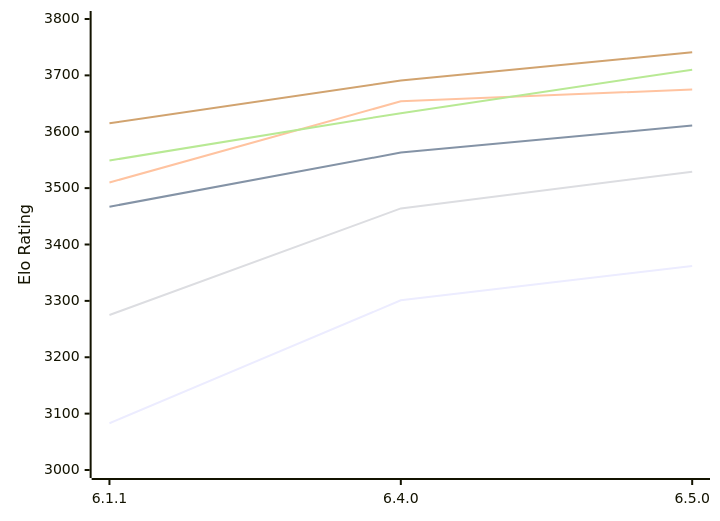
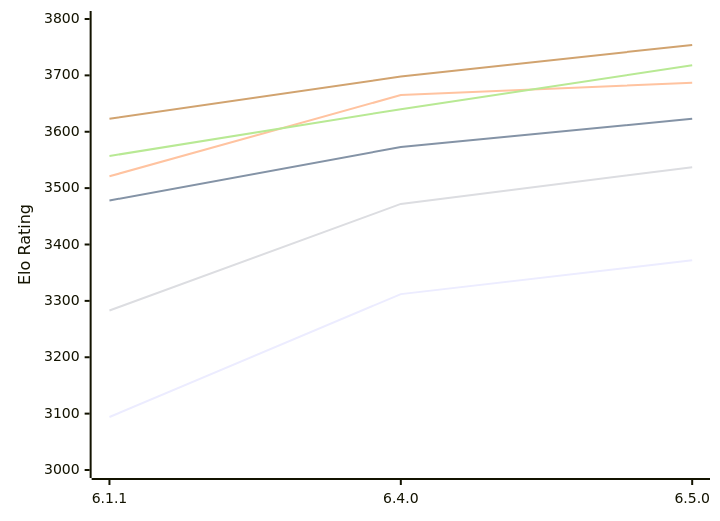
One commit to computer-chess-index/cci changed the first of 2 diagrams in engines/Zigqueen.md. Above: the diagram before and after it, drawn with Mermaid. The commit also changed other lines of this file, not shown here.

Commit message:
Update CCI Ratings (ELO VLTC) - 2026-10-25

````diff
--- a/engines/Zigqueen.md
+++ b/engines/Zigqueen.md
@@ -55,12 +55,12 @@
 ```mermaid
 %%{init: {"theme":"base","themeVariables":{"seriesColors:['#a3a3a3','#222221','#faa371']}}}%%
 xychart-beta
   x-axis ["6.1.1", "6.4.0", "6.5.0"]
   y-axis "Elo Rating" 3000 --> 3800
-  line "E1: STC (8.0+0.08s)" [3083, 3301, 3362]
-  line "E1: LTC (60.0+0.60s)" [3467, 3563, 3611]
-  line "E1: VLTC (2m24s+1.12s)" [3510, 3654, 3675]
-  line "P1: STC (8.0+0.08s)" [3275, 3464, 3529]
-  line "P1: LTC (60.0+0.60s)" [3549, 3633, 3710]
-  line "P1: VLTC (2m24s+1.12s)" [3615, 3691, 3741]
+  line "E1: STC (8.0+0.08s)" [3094, 3312, 3372]
+  line "E1: LTC (60.0+0.60s)" [3478, 3573, 3623]
+  line "E1: VLTC (2m24s+1.12s)" [3521, 3665, 3687]
+  line "P1: STC (8.0+0.08s)" [3283, 3472, 3537]
+  line "P1: LTC (60.0+0.60s)" [3557, 3640, 3718]
+  line "P1: VLTC (2m24s+1.12s)" [3623, 3698, 3754]
 ```
````
